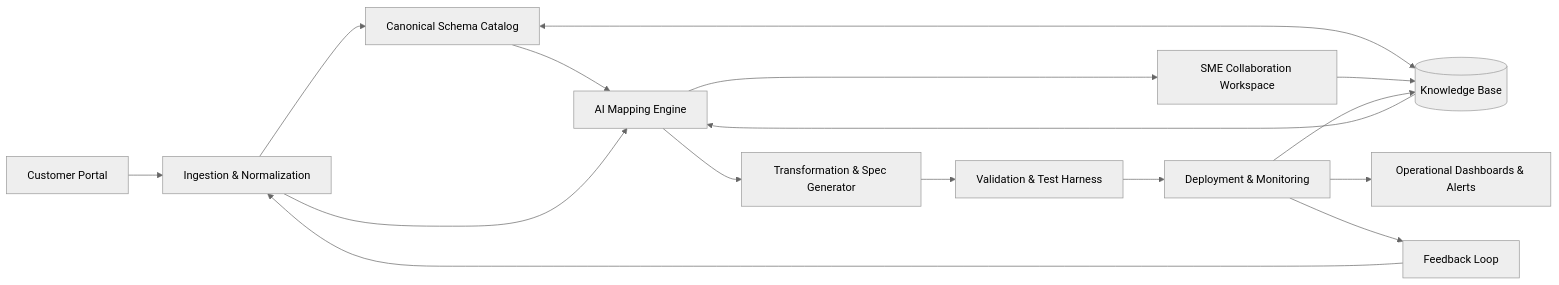
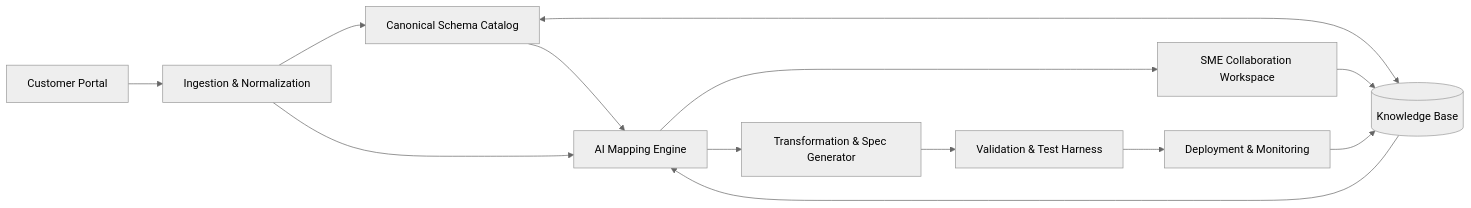
The diagram in project-edi.md (binartist/about-me), drawn with Mermaid (neutral theme) before and after one commit. The commit also changed other lines of this file and 28 other files, not shown here.

````diff
--- a/project-edi.md
+++ b/project-edi.md
@@ -20,18 +16,15 @@
 ```mermaid
 flowchart LR
-	A[Customer Portal] --> B[Ingestion & Normalization]
-	B --> C[Canonical Schema Catalog]
-	C --> D[AI Mapping Engine]
-	B --> D
-	D --> E[SME Collaboration Workspace]
-	D --> F[Transformation & Spec Generator]
-	F --> G[Validation & Test Harness]
-	G --> H[Deployment & Monitoring]
-	H --> I[Operational Dashboards & Alerts]
-	C <--> J[(Knowledge Base)]
-	E --> J
-	H --> J
-	J --> D
-	H --> K[Feedback Loop]
-	K --> B
+  A[Customer Portal] --> B[Ingestion & Normalization]
+  B --> C[Canonical Schema Catalog]
+  C --> D[AI Mapping Engine]
+  B --> D
+  D --> E[SME Collaboration Workspace]
+  D --> F[Transformation & Spec Generator]
+  F --> G[Validation & Test Harness]
+  G --> H[Deployment & Monitoring]
+  C <--> J[(Knowledge Base)]
+  E --> J
+  H --> J
+  J --> D
 ```
````
